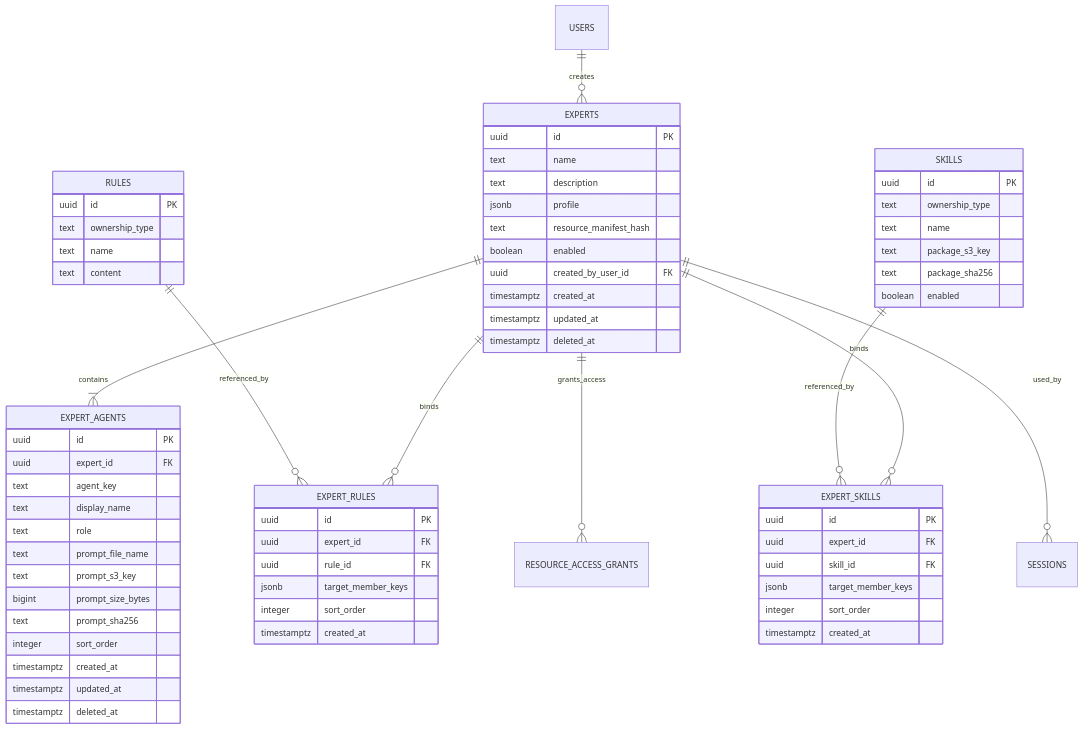
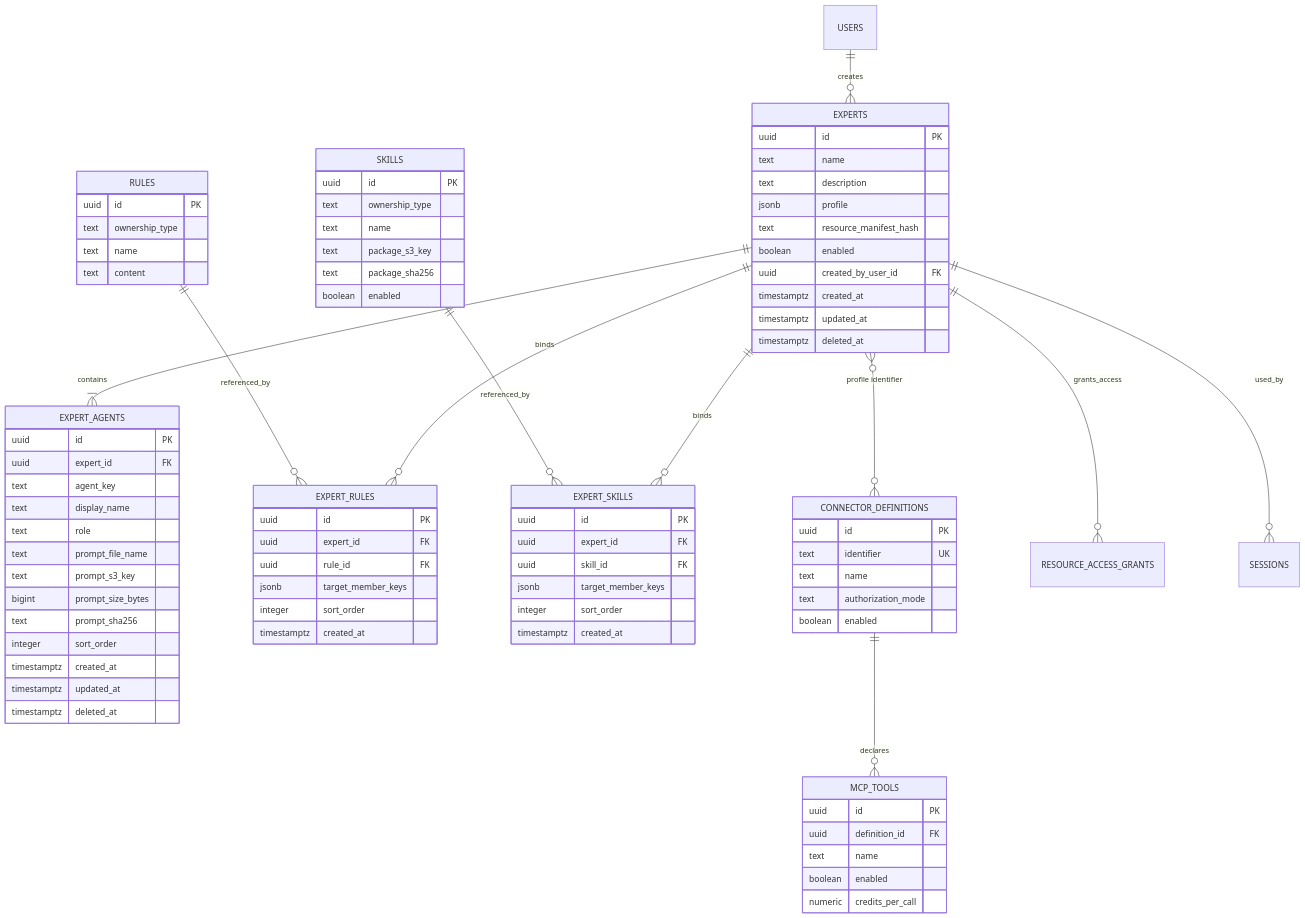
Before and after one commit to chaitin/MonkeyCode: the diagram in monkeyai/design/ai-resource-change-impact.md, drawn with Mermaid. The commit also changed other lines of this file, not shown here.

Commit message:
design: agent resource related stuff

```diff
--- a/monkeyai/design/ai-resource-change-impact.md
+++ b/monkeyai/design/ai-resource-change-impact.md
@@ -82,6 +82,8 @@
     RULES ||--o{ EXPERT_RULES : referenced_by
     EXPERTS ||--o{ EXPERT_SKILLS : binds
     SKILLS ||--o{ EXPERT_SKILLS : referenced_by
+    EXPERTS }o--o{ CONNECTOR_DEFINITIONS : "profile identifier"
+    CONNECTOR_DEFINITIONS ||--o{ MCP_TOOLS : declares
     EXPERTS ||--o{ RESOURCE_ACCESS_GRANTS : grants_access
     EXPERTS ||--o{ SESSIONS : used_by
 
@@ -132,6 +134,22 @@
         timestamptz created_at
     }
 
+    CONNECTOR_DEFINITIONS {
+        uuid id PK
+        text identifier UK
+        text name
+        text authorization_mode
+        boolean enabled
+    }
+
+    MCP_TOOLS {
+        uuid id PK
+        uuid definition_id FK
+        text name
+        boolean enabled
+        numeric credits_per_call
+    }
+
     RULES {
         uuid id PK
         text ownership_type
```
